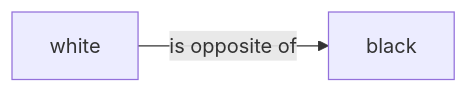
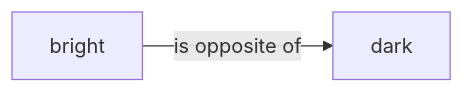
Before and after one commit to acrion/zelph: the first of 3 diagrams in mkdocs/docs/index.md, drawn with Mermaid. The commit also changed other lines of this file and 27 other files, not shown here.

````diff
--- a/mkdocs/docs/index.md
+++ b/mkdocs/docs/index.md
@@ -98,4 +404,4 @@
 ```mermaid
 graph LR
-    white -->|is opposite of| black
+    bright -->|is opposite of| dark
 ```
````
